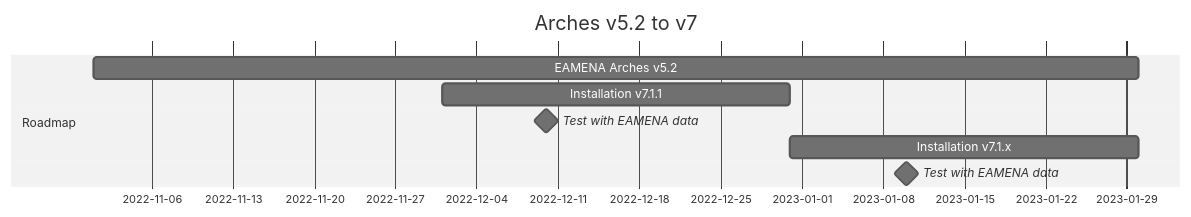
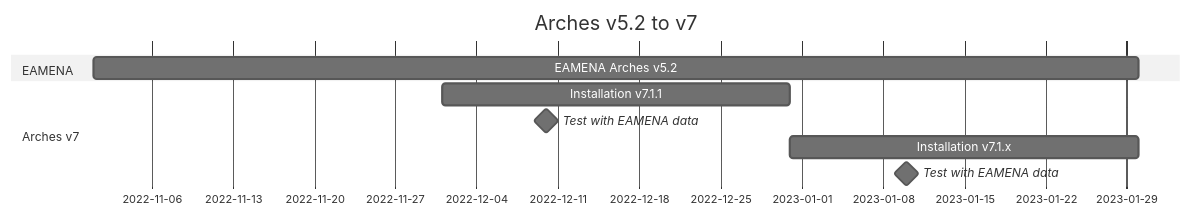
The first of 2 diagrams in dbs/database.eamena/README.md (eamena-project/eamena-arches-dev), drawn with Mermaid (neutral theme) before and after one commit.

Commit message:
workflow Arches v5 v7

````diff
--- a/dbs/database.eamena/README.md
+++ b/dbs/database.eamena/README.md
@@ -5,11 +5,12 @@
 ```mermaid
 gantt
     title Arches v5.2 to v7
     dateFormat  YYYY-MM-DD
-    section Roadmap
+    section EAMENA
     EAMENA Arches v5.2       : a0, 2022-11-01, 90d
+    section Arches v7
     Installation v7.1.1      : a1, 2022-12-01, 30d
     Test with EAMENA data    : milestone, m1, 2022-12-05, 10d
     Installation v7.1.x      : after a1, 30d
     Test with EAMENA data    : milestone, m2, 2023-01-05, 10d
 ```
````
